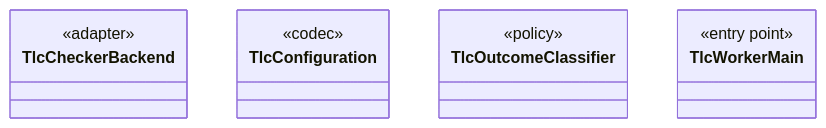
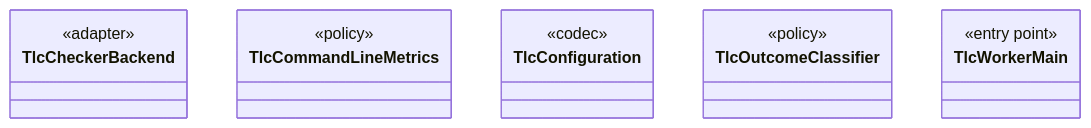
One commit to tlaplus/model-checker-hardening changed diagram 13 of 15 in dev/modules/workflow.md. Above: the diagram before and after it, drawn with Mermaid. The commit also changed other lines of this file and 425 other files, not shown here.

````diff
--- a/dev/modules/workflow.md
+++ b/dev/modules/workflow.md
@@ -396,15 +396,18 @@
 ```mermaid
 classDiagram
   class TlcCheckerBackend {
     <<adapter>>
+  }
+  class TlcCommandLineMetrics {
+    <<policy>>
   }
   class TlcConfiguration {
     <<codec>>
   }
   class TlcOutcomeClassifier {
     <<policy>>
   }
   class TlcWorkerMain {
     <<entry point>>
   }
 ```
````
